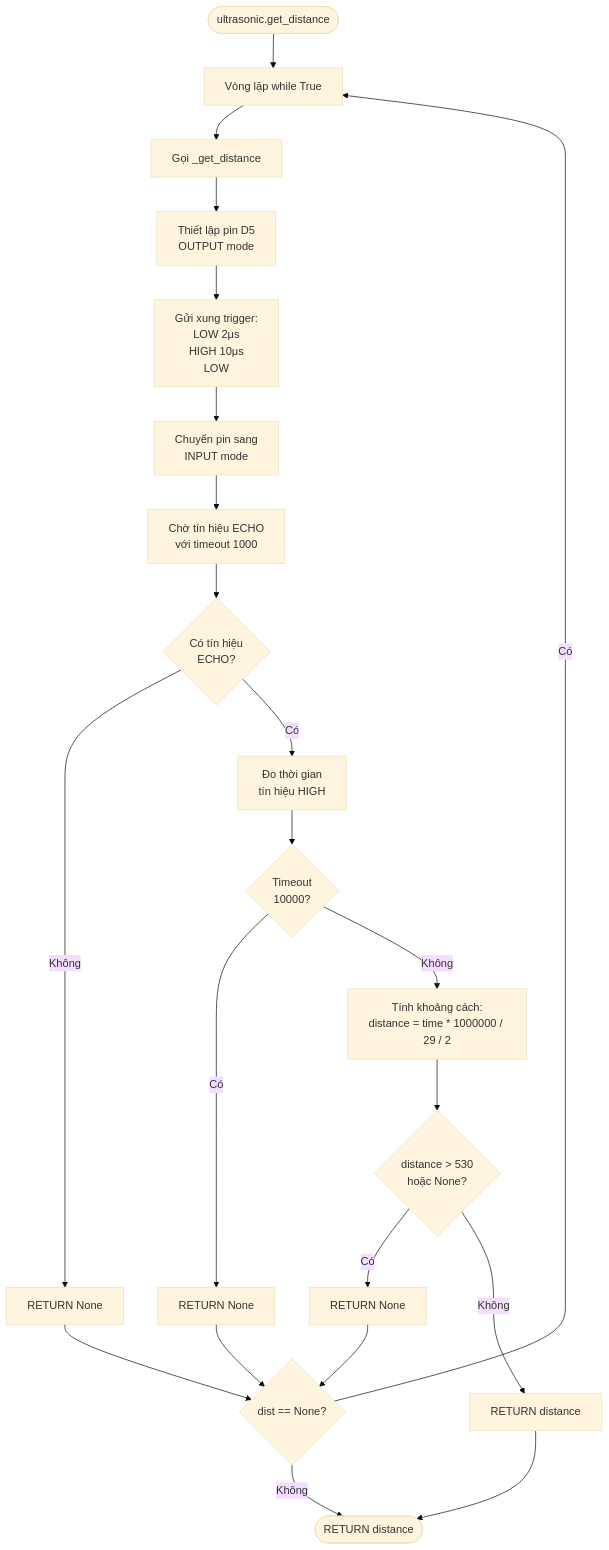
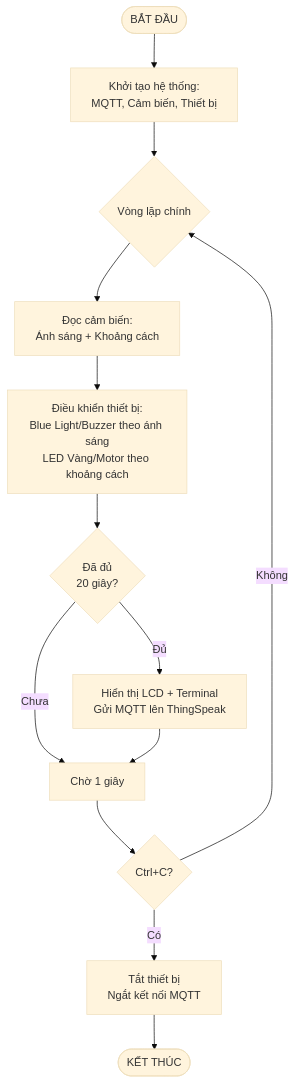
One commit to levanduy093-work/iot changed the first of 3 diagrams in kiemtra2/flowchart.md. Above: the diagram before and after it, drawn with Mermaid (base theme). The commit also changed other lines of this file, not shown here.

Commit message:
update flow

````diff
--- a/kiemtra2/flowchart.md
+++ b/kiemtra2/flowchart.md
@@ -104,24 +5,18 @@
 ```mermaid
 flowchart TD
-    Start([ultrasonic.get_distance]) --> Loop[Vòng lặp while True]
-    Loop --> GetDist[Gọi _get_distance]
-    GetDist --> SetupPin[Thiết lập pin D5<br/>OUTPUT mode]
-    SetupPin --> SendPulse[Gửi xung trigger:<br/>LOW 2μs<br/>HIGH 10μs<br/>LOW]
-    SendPulse --> SwitchInput[Chuyển pin sang<br/>INPUT mode]
-    SwitchInput --> WaitEcho[Chờ tín hiệu ECHO<br/>với timeout 1000]
-    WaitEcho --> CheckEcho1{Có tín hiệu<br/>ECHO?}
-    CheckEcho1 -->|Không| ReturnNone1[RETURN None]
-    CheckEcho1 -->|Có| MeasureTime[Đo thời gian<br/>tín hiệu HIGH]
-    MeasureTime --> CheckTimeout{Timeout<br/>10000?}
-    CheckTimeout -->|Có| ReturnNone2[RETURN None]
-    CheckTimeout -->|Không| CalcDist[Tính khoảng cách:<br/>distance = time * 1000000 / 29 / 2]
-    CalcDist --> CheckValid{distance > 530<br/>hoặc None?}
-    CheckValid -->|Có| ReturnNone3[RETURN None]
-    CheckValid -->|Không| ReturnDist[RETURN distance]
-    ReturnNone1 --> CheckRetry{dist == None?}
-    ReturnNone2 --> CheckRetry
-    ReturnNone3 --> CheckRetry
-    ReturnDist --> End([RETURN distance])
-    CheckRetry -->|Có| Loop
-    CheckRetry -->|Không| End
+    Start([BẮT ĐẦU]) --> Init[Khởi tạo hệ thống:<br/>MQTT, Cảm biến, Thiết bị]
+    Init --> MainLoop{Vòng lặp chính}
+    
+    MainLoop --> ReadSensors[Đọc cảm biến:<br/>Ánh sáng + Khoảng cách]
+    ReadSensors --> Control[Điều khiển thiết bị:<br/>Blue Light/Buzzer theo ánh sáng<br/>LED Vàng/Motor theo khoảng cách]
+    
+    Control --> CheckTime{Đã đủ<br/>20 giây?}
+    CheckTime -->|Chưa| Sleep[Chờ 1 giây]
+    CheckTime -->|Đủ| Display[Hiển thị LCD + Terminal<br/>Gửi MQTT lên ThingSpeak]
+    
+    Display --> Sleep
+    Sleep --> CheckExit{Ctrl+C?}
+    CheckExit -->|Không| MainLoop
+    CheckExit -->|Có| Cleanup[Tắt thiết bị<br/>Ngắt kết nối MQTT]
+    Cleanup --> End([KẾT THÚC])
 ```
````
